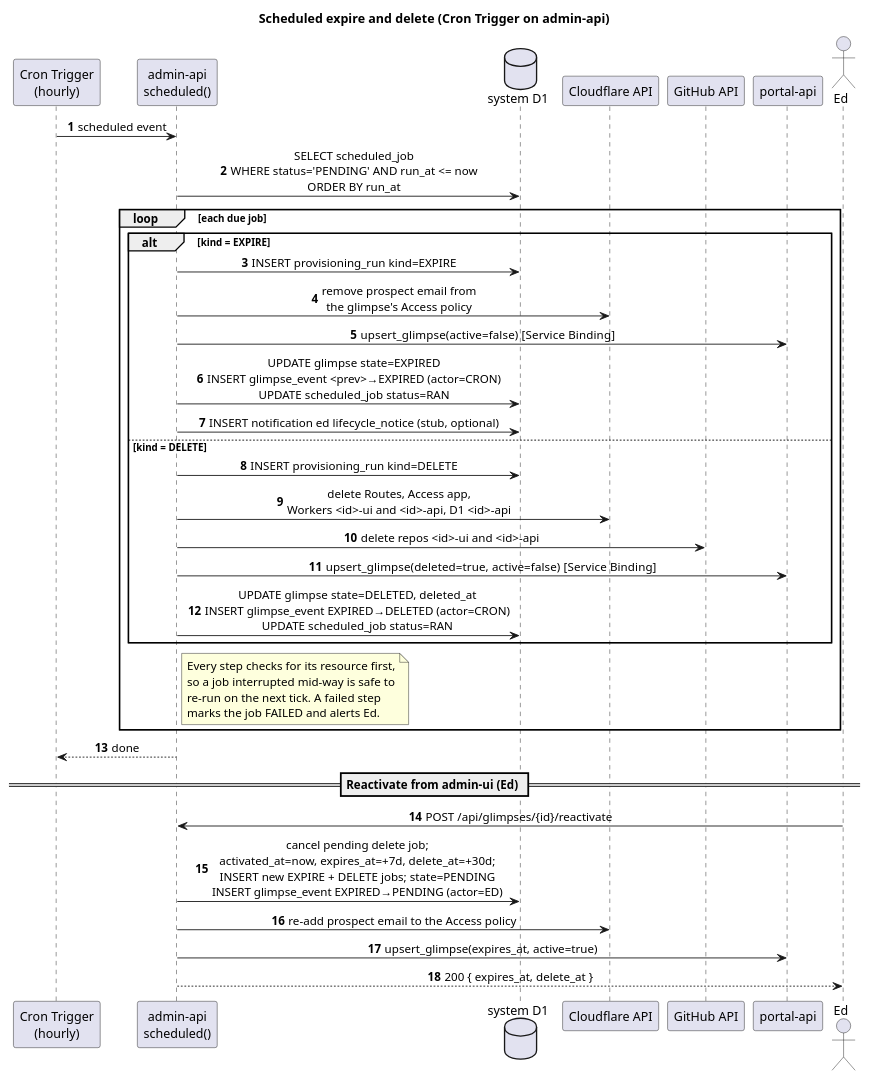
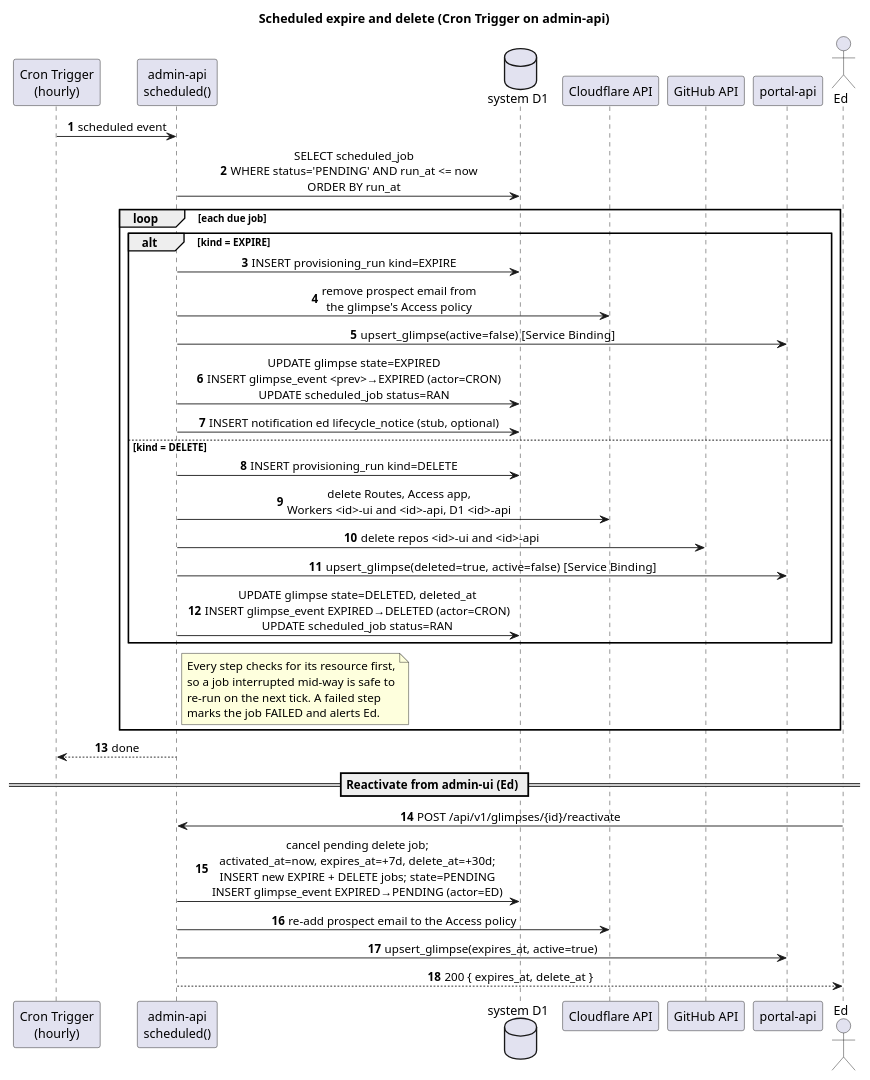
One commit to andexor/andexor-glimpse-main changed the diagram in docs/diagrams/seq-scheduled.puml. Above: the diagram before and after it, drawn with PlantUML. The commit also changed 30 other files, not shown here.

```diff
--- a/docs/diagrams/seq-scheduled.puml
+++ b/docs/diagrams/seq-scheduled.puml
@@ -1,50 +1,50 @@
 @startuml seq-scheduled
 title Scheduled expire and delete (Cron Trigger on admin-api)
 
 skinparam shadowing false
 skinparam defaultFontName Helvetica
 skinparam sequenceMessageAlign center
 autonumber
 
 participant "Cron Trigger\n(hourly)" as Cron
 participant "admin-api\nscheduled()" as API
 database "system D1" as DB
 participant "Cloudflare API" as CF
 participant "GitHub API" as GH
 participant "portal-api" as Portal
 actor Ed
 
 Cron -> API : scheduled event
 API -> DB : SELECT scheduled_job\nWHERE status='PENDING' AND run_at <= now\nORDER BY run_at
 
 loop each due job
   alt kind = EXPIRE
     API -> DB : INSERT provisioning_run kind=EXPIRE
     API -> CF : remove prospect email from\nthe glimpse's Access policy
     API -> Portal : upsert_glimpse(active=false)   [Service Binding]
     API -> DB : UPDATE glimpse state=EXPIRED\nINSERT glimpse_event <prev>→EXPIRED (actor=CRON)\nUPDATE scheduled_job status=RAN
     API -> DB : INSERT notification ed lifecycle_notice (stub, optional)
   else kind = DELETE
     API -> DB : INSERT provisioning_run kind=DELETE
     API -> CF : delete Routes, Access app,\nWorkers <id>-ui and <id>-api, D1 <id>-api
     API -> GH : delete repos <id>-ui and <id>-api
     API -> Portal : upsert_glimpse(deleted=true, active=false)   [Service Binding]
     API -> DB : UPDATE glimpse state=DELETED, deleted_at\nINSERT glimpse_event EXPIRED→DELETED (actor=CRON)\nUPDATE scheduled_job status=RAN
   end
   note right of API
     Every step checks for its resource first,
     so a job interrupted mid-way is safe to
     re-run on the next tick. A failed step
     marks the job FAILED and alerts Ed.
   end note
 end
 
 API --> Cron : done
 
 == Reactivate from admin-ui (Ed) ==
-Ed -> API : POST /api/glimpses/{id}/reactivate
+Ed -> API : POST /api/v1/glimpses/{id}/reactivate
 API -> DB : cancel pending delete job;\nactivated_at=now, expires_at=+7d, delete_at=+30d;\nINSERT new EXPIRE + DELETE jobs; state=PENDING\nINSERT glimpse_event EXPIRED→PENDING (actor=ED)
 API -> CF : re-add prospect email to the Access policy
 API -> Portal : upsert_glimpse(expires_at, active=true)
 API --> Ed : 200 { expires_at, delete_at }
 @enduml
```
